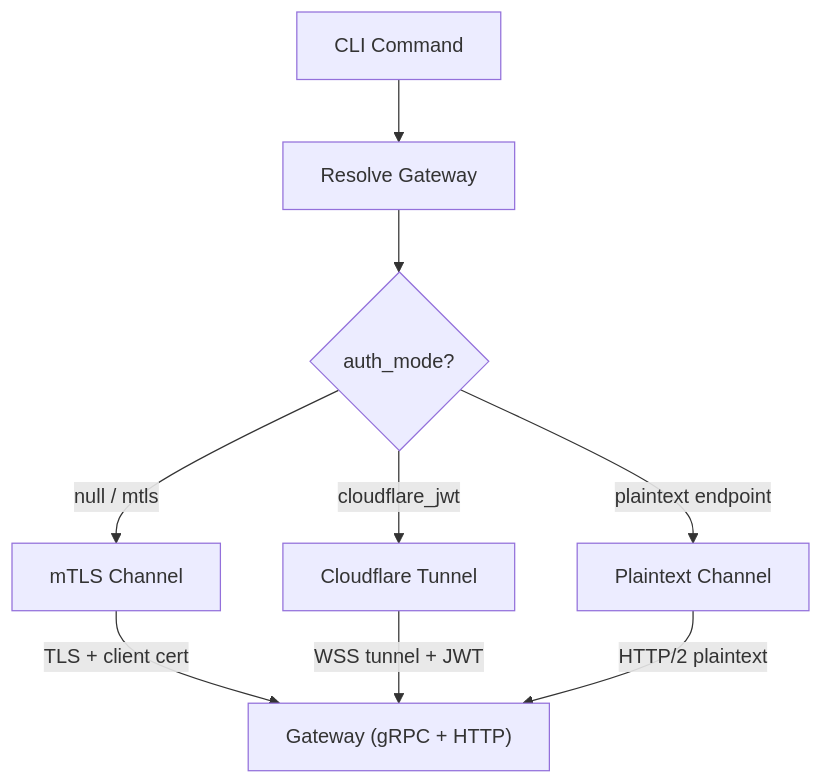
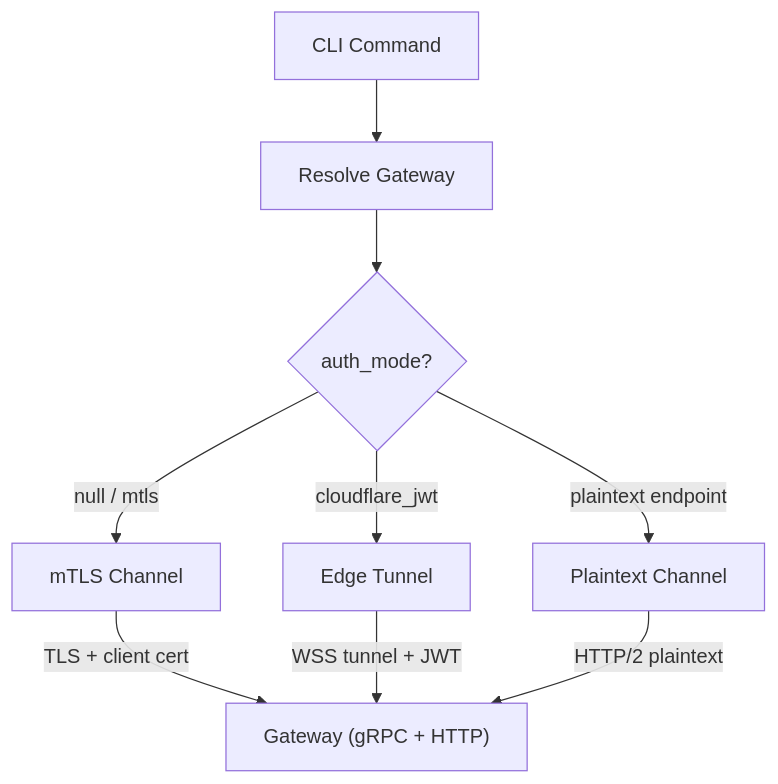
Before and after one commit to NVIDIA/OpenShell: the first of 3 diagrams in architecture/gateway-deploy-connect.md, drawn with Mermaid. The commit also changed other lines of this file and 18 other files, not shown here.

````diff
--- a/architecture/gateway-deploy-connect.md
+++ b/architecture/gateway-deploy-connect.md
@@ -228,23 +22,23 @@
 ```mermaid
 graph TD
     CLI["CLI Command"]
     RESOLVE["Resolve Gateway"]
     MODE{"auth_mode?"}
 
     MTLS["mTLS Channel"]
-    CF["Cloudflare Tunnel"]
+    EDGE["Edge Tunnel"]
     PLAIN["Plaintext Channel"]
 
     GW["Gateway (gRPC + HTTP)"]
 
     CLI --> RESOLVE
     RESOLVE --> MODE
 
     MODE -->|"null / mtls"| MTLS
-    MODE -->|"cloudflare_jwt"| CF
+    MODE -->|"cloudflare_jwt"| EDGE
     MODE -->|"plaintext endpoint"| PLAIN
 
     MTLS -->|"TLS + client cert"| GW
-    CF -->|"WSS tunnel + JWT"| GW
+    EDGE -->|"WSS tunnel + JWT"| GW
     PLAIN -->|"HTTP/2 plaintext"| GW
 ```
````
